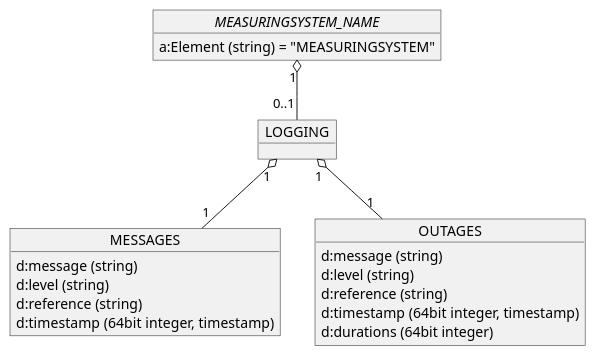
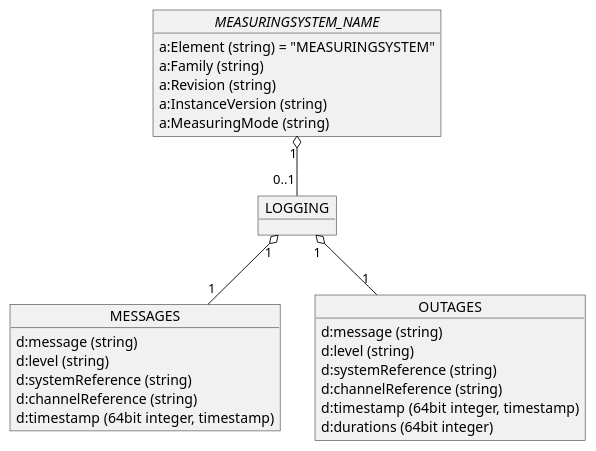
One commit to OpenRailAssociation/rcm-dx changed the seventh of 9 diagrams in images.puml. Above: the diagram before and after it, drawn with PlantUML. The commit also changed other lines of this file and 5 other files, not shown here.

```diff
--- a/images.puml
+++ b/images.puml
@@ -338,29 +385,35 @@
 @startuml RCM_DX_Logging_overview
 
   object "//MEASURINGSYSTEM_NAME//" as measuringsystem_name {
     a:Element (string) = "MEASURINGSYSTEM"
+    a:Family (string)
+    a:Revision (string)
+    a:InstanceVersion (string)
+    a:MeasuringMode (string)
   }
 
   object LOGGING
 
   object MESSAGES {
     d:message (string)
     d:level (string)
-    d:reference (string)
+    d:systemReference (string)
+    d:channelReference (string)
     d:timestamp (64bit integer, timestamp)
   }
 
   object OUTAGES {
     d:message (string)
     d:level (string)
-    d:reference (string)
+    d:systemReference (string)
+    d:channelReference (string)
     d:timestamp (64bit integer, timestamp)
     d:durations (64bit integer)
   }
 
   measuringsystem_name "1" o-- "0..1" LOGGING
 
   LOGGING "1" o-- "1" MESSAGES
   LOGGING "1" o-- "1" OUTAGES
 
 @enduml
```
